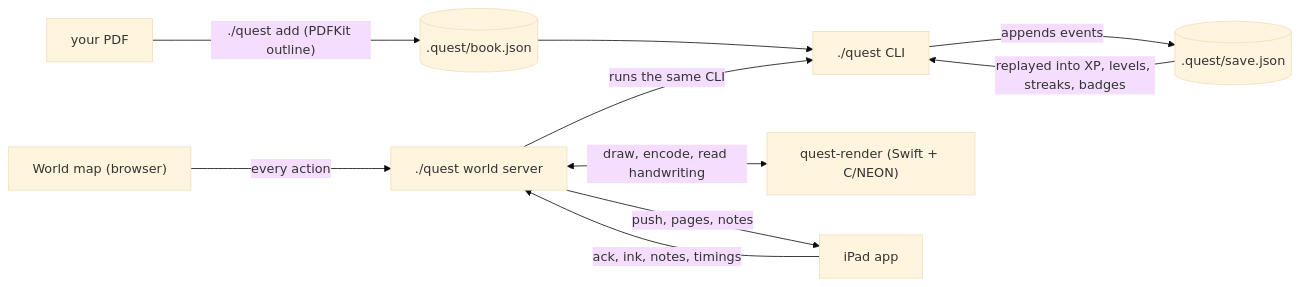
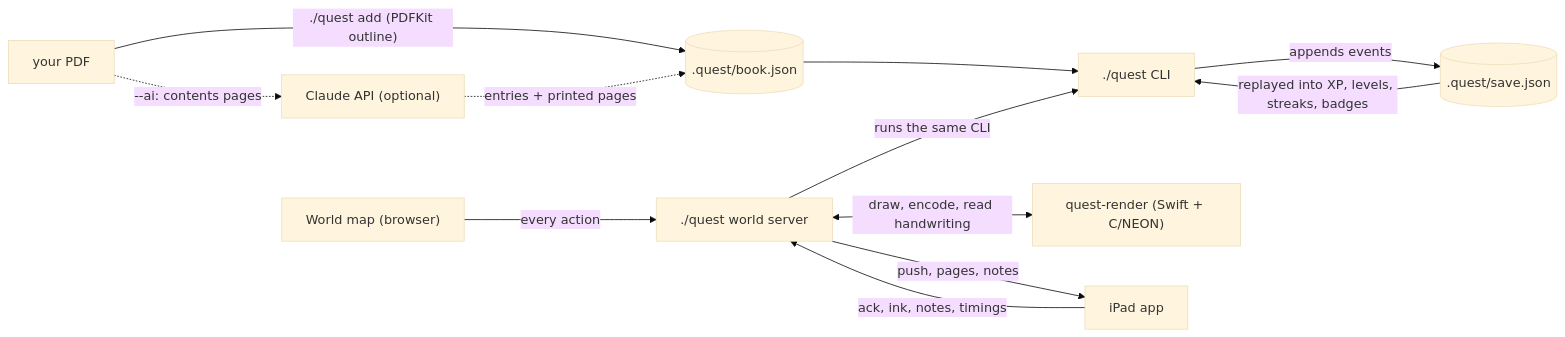
Before and after one commit to Arihant-Kumar-Jain/book-quest: the diagram in README.md, drawn with Mermaid (base theme). The commit also changed other lines of this file and 3 other files, not shown here.

First line of the commit message:
Import any book's contents: structure-based outlines and optional --ai

````diff
--- a/README.md
+++ b/README.md
@@ -228,12 +254,14 @@
 ```mermaid
 flowchart LR
   PDF["your PDF"] -->|"./quest add (PDFKit outline)"| BOOK[(".quest/book.json")]
+  PDF -.->|"--ai: contents pages"| CLAUDE["Claude API (optional)"]
+  CLAUDE -.->|"entries + printed pages"| BOOK
   CLI["./quest CLI"] -->|appends events| SAVE[(".quest/save.json")]
   BOOK --> CLI
   SAVE -->|replayed into XP, levels, streaks, badges| CLI
   MAP["World map (browser)"] -->|"every action"| SRV["./quest world server"]
   SRV -->|"runs the same CLI"| CLI
   SRV <-->|"draw, encode, read handwriting"| HELPER["quest-render (Swift + C/NEON)"]
   SRV -->|"push, pages, notes"| IPAD["iPad app"]
   IPAD -->|"ack, ink, notes, timings"| SRV
 ```
````
